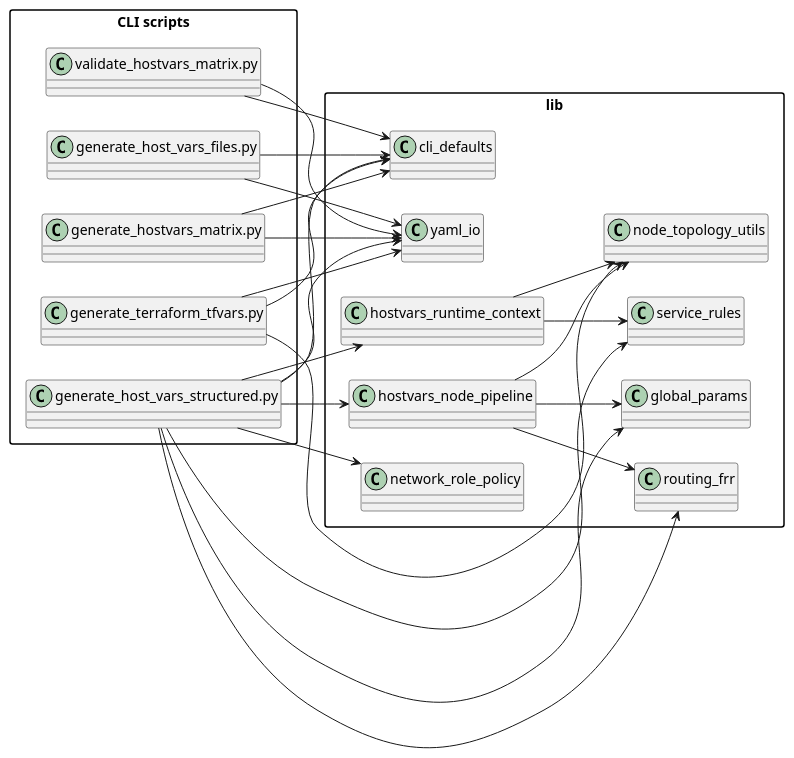
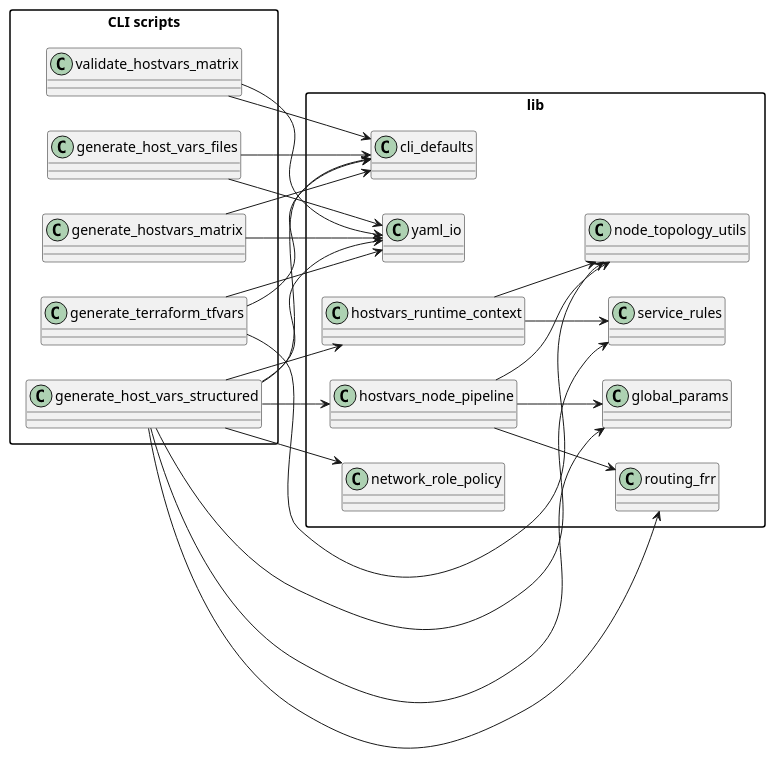
The second of 7 diagrams in design/prototype/program-structure-draft.md (takeharukato/ansibleConfigGenerator), drawn with PlantUML before and after one commit. The commit also changed other lines of this file and 40 other files, not shown here.

````diff
--- a/design/prototype/program-structure-draft.md
+++ b/design/prototype/program-structure-draft.md
@@ -223,55 +223,55 @@
 ```plantuml
 @startuml
 left to right direction
 skinparam shadowing false
 skinparam packageStyle rectangle
 
 package "CLI scripts" {
-  class "generate_host_vars_structured.py" as GenerateStructured
-  class "generate_hostvars_matrix.py" as GenerateMatrix
-  class "validate_hostvars_matrix.py" as ValidateMatrix
-  class "generate_host_vars_files.py" as GenerateFiles
-  class "generate_terraform_tfvars.py" as GenerateTfvars
+  class "generate_host_vars_structured" as GenerateStructured
+  class "generate_hostvars_matrix" as GenerateMatrix
+  class "validate_hostvars_matrix" as ValidateMatrix
+  class "generate_host_vars_files" as GenerateFiles
+  class "generate_terraform_tfvars" as GenerateTfvars
 }
 
 package "lib" {
   class "cli_defaults" as CliDefaults
   class "yaml_io" as YamlIo
   class "hostvars_runtime_context" as RuntimeContext
   class "hostvars_node_pipeline" as NodePipeline
   class "network_role_policy" as NetworkRolePolicy
   class "service_rules" as ServiceRules
   class "global_params" as GlobalParams
   class "routing_frr" as RoutingFrr
   class "node_topology_utils" as TopologyUtils
 }
 
 GenerateStructured --> CliDefaults
 GenerateStructured --> YamlIo
 GenerateStructured --> RuntimeContext
 GenerateStructured --> NodePipeline
 GenerateStructured --> NetworkRolePolicy
 GenerateStructured --> ServiceRules
 GenerateStructured --> GlobalParams
 GenerateStructured --> RoutingFrr
 
 GenerateMatrix --> CliDefaults
 GenerateMatrix --> YamlIo
 
 ValidateMatrix --> CliDefaults
 ValidateMatrix --> YamlIo
 
 GenerateFiles --> CliDefaults
 GenerateFiles --> YamlIo
 
 GenerateTfvars --> CliDefaults
 GenerateTfvars --> YamlIo
 GenerateTfvars --> TopologyUtils
 
 RuntimeContext --> ServiceRules
 RuntimeContext --> TopologyUtils
 NodePipeline --> RoutingFrr
 NodePipeline --> TopologyUtils
 NodePipeline --> GlobalParams
 @enduml
 ```
````
